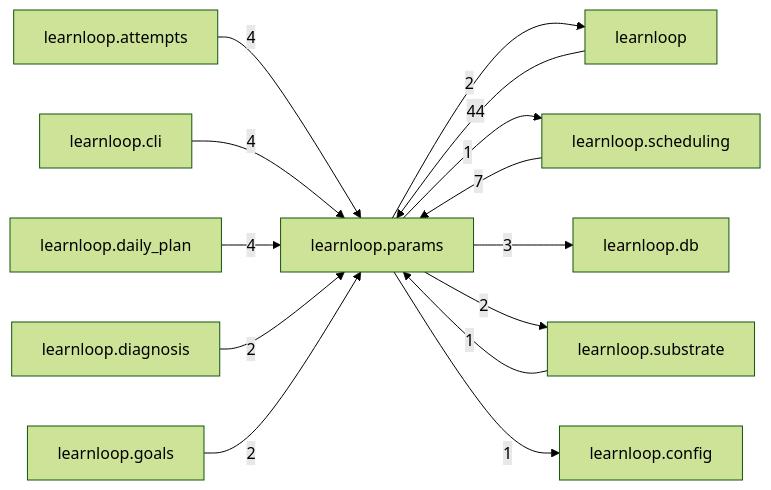
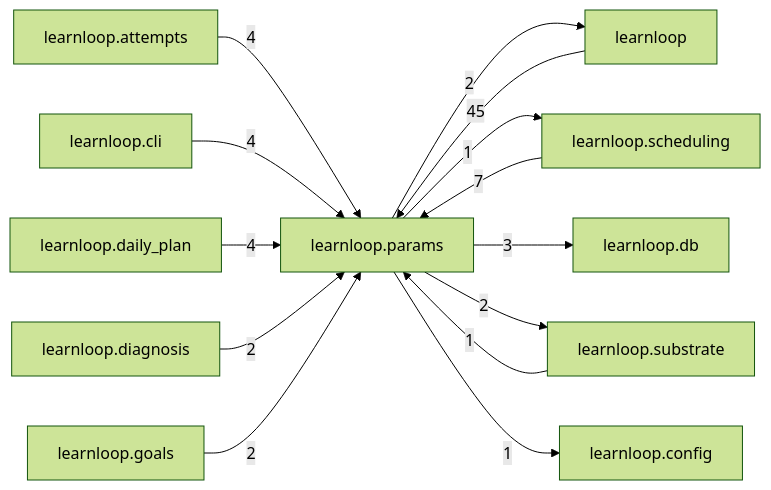
Before and after one commit to 6up-b/learnanything: the diagram in docs/learnloop-architecture-vault/Reference/Modules/learnloop/params/_package.md, drawn with Mermaid (forest theme). The commit also changed other lines of this file and 101 other files, not shown here.

First line of the commit message:
Figure wait estimate: references regenerated on the committed source (module, desktop, db; the config notes cite schema.py's moved lines, the new switch and module notes, _generated.md)

````diff
--- a/docs/learnloop-architecture-vault/Reference/Modules/learnloop/params/_package.md
+++ b/docs/learnloop-architecture-vault/Reference/Modules/learnloop/params/_package.md
@@ -88,27 +88,27 @@
 ```mermaid
 flowchart LR
     center["learnloop.params"]
     n_learnloop["learnloop"]
     n_learnloop_scheduling["learnloop.scheduling"]
     n_learnloop_attempts["learnloop.attempts"]
     n_learnloop_cli["learnloop.cli"]
     n_learnloop_daily_plan["learnloop.daily_plan"]
     n_learnloop_db["learnloop.db"]
     n_learnloop_substrate["learnloop.substrate"]
     n_learnloop_diagnosis["learnloop.diagnosis"]
     n_learnloop_goals["learnloop.goals"]
     n_learnloop_config["learnloop.config"]
-    n_learnloop -->|44| center
+    n_learnloop -->|45| center
     center -->|2| n_learnloop
     n_learnloop_scheduling -->|7| center
     center -->|1| n_learnloop_scheduling
     n_learnloop_attempts -->|4| center
     n_learnloop_cli -->|4| center
     n_learnloop_daily_plan -->|4| center
     center -->|3| n_learnloop_db
     n_learnloop_substrate -->|1| center
     center -->|2| n_learnloop_substrate
     n_learnloop_diagnosis -->|2| center
     n_learnloop_goals -->|2| center
     center -->|1| n_learnloop_config
 ```
````
